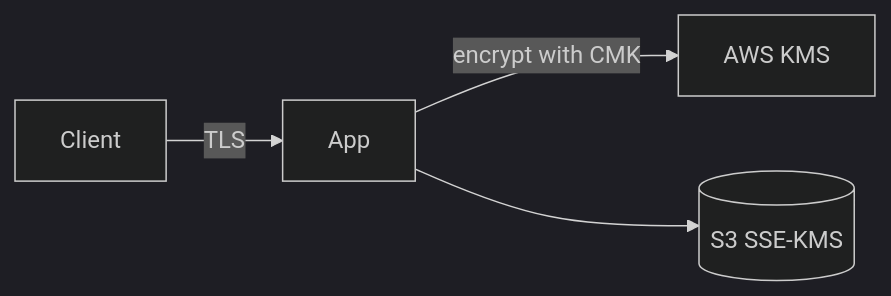
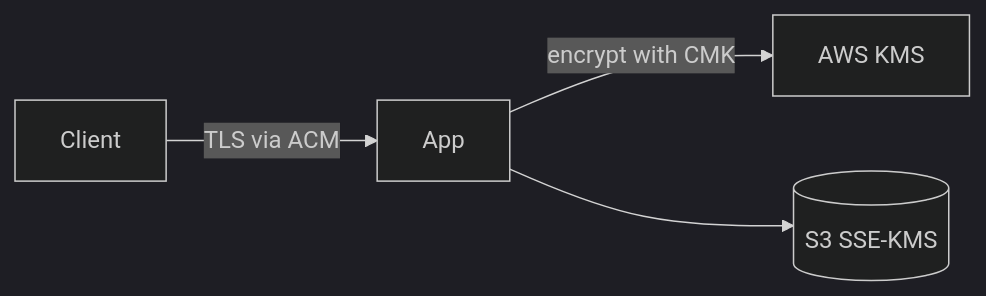
One commit to kiquetal/recert-aws-pro-skill-builder changed the fourth of 4 diagrams in courses/01-security-engineer-protecting-and-encrypting-data/README.md. Above: the diagram before and after it, drawn with Mermaid (dark theme). The commit also changed other lines of this file, not shown here.

Commit message:
docs(course-01): add concept Mermaid diagrams

````diff
--- a/courses/01-security-engineer-protecting-and-encrypting-data/README.md
+++ b/courses/01-security-engineer-protecting-and-encrypting-data/README.md
@@ -64,6 +100,6 @@
 ```mermaid
 flowchart LR
-    Client -->|TLS| App
+    Client -->|TLS via ACM| App
     App -->|encrypt with CMK| KMS[AWS KMS]
     App --> S3[(S3 SSE-KMS)]
 ```
````
